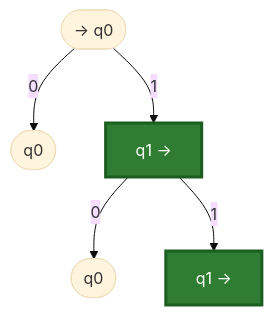
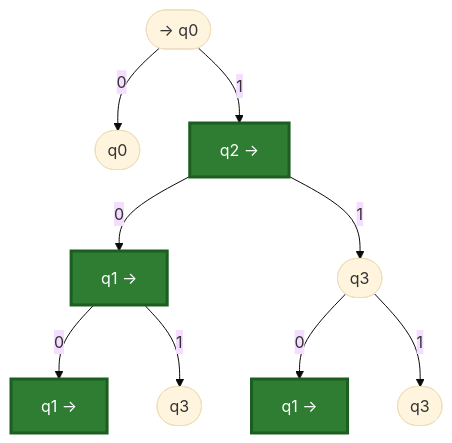
One commit to KopyTKG/ki-tzi changed the second of 2 diagrams in Pr-5.md. Above: the diagram before and after it, drawn with Mermaid (base theme). The commit also changed other lines of this file and 11 other files, not shown here.

````diff
--- a/Pr-5.md
+++ b/Pr-5.md
@@ -36,9 +65,13 @@
 ```mermaid
 flowchart TD
     A(["→ q0"]) -->|0| B(["q0"])
-    A -->|1| C["q1 →"]
-    C -->|0| D(["q0"])
-    C -->|1| E["q1 →"]
+    A -->|1| C["q2 →"]
+    C -->|0| D["q1 →"]
+    C -->|1| E(["q3"])
+    D -->|0| F["q1 →"]
+    D -->|1| G(["q3"])
+    E -->|0| H["q1 →"]
+    E -->|1| I(["q3"])
     classDef fin fill:#2e7d32,stroke:#1b5e20,color:#fff,stroke-width:3px
-    class C,E fin
+    class C,D,F,H fin
 ```
````
